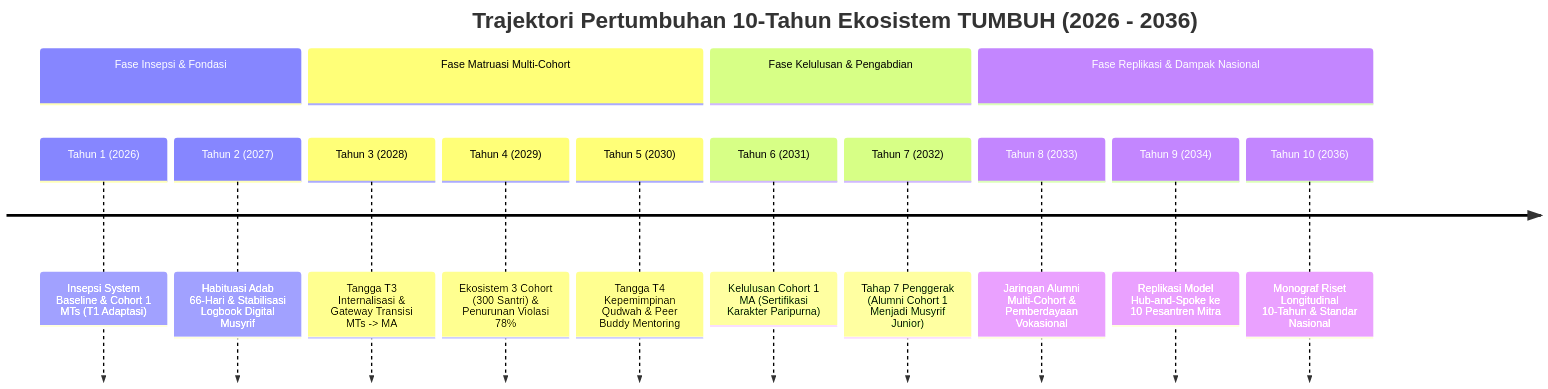
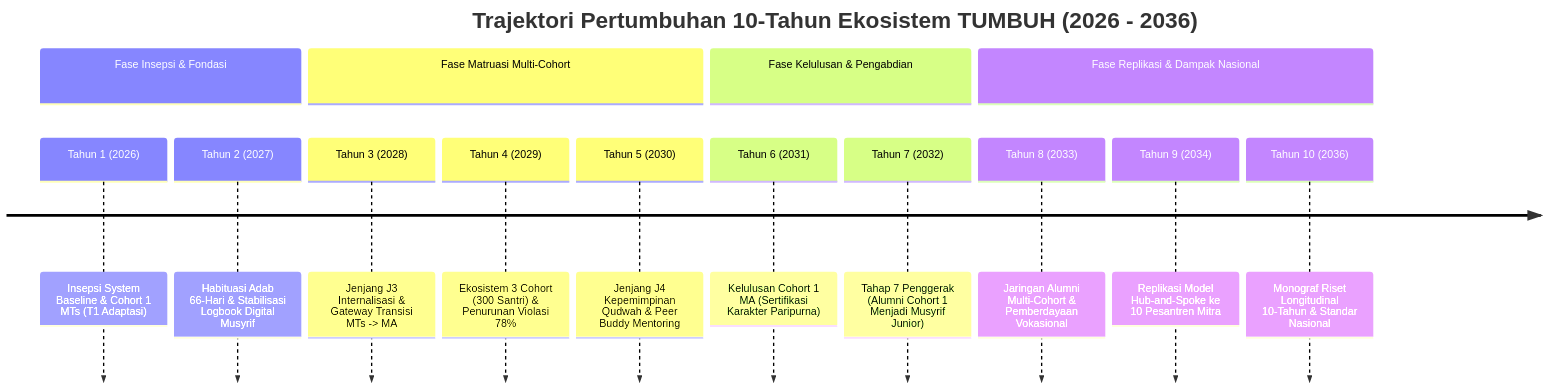
One commit to wandiapriliyandi/tumbuh changed the diagram in SIMULASI/Prediksi-Longitudinal-1-sd-10-Tahun-Ekosistem-TUMBUH.md. Above: the diagram before and after it, drawn with Mermaid. The commit also changed other lines of this file and 209 other files, not shown here.

````diff
--- a/SIMULASI/Prediksi-Longitudinal-1-sd-10-Tahun-Ekosistem-TUMBUH.md
+++ b/SIMULASI/Prediksi-Longitudinal-1-sd-10-Tahun-Ekosistem-TUMBUH.md
@@ -15,18 +15,18 @@
 ```mermaid
 timeline
     title Trajektori Pertumbuhan 10-Tahun Ekosistem TUMBUH (2026 - 2036)
     section Fase Insepsi & Fondasi
         Tahun 1 (2026) : Insepsi System Baseline & Cohort 1 MTs (T1 Adaptasi)
         Tahun 2 (2027) : Habituasi Adab 66-Hari & Stabilisasi Logbook Digital Musyrif
     section Fase Matruasi Multi-Cohort
-        Tahun 3 (2028) : Tangga T3 Internalisasi & Gateway Transisi MTs -> MA
+        Tahun 3 (2028) : Jenjang J3 Internalisasi & Gateway Transisi MTs -> MA
         Tahun 4 (2029) : Ekosistem 3 Cohort (300 Santri) & Penurunan Violasi 78%
-        Tahun 5 (2030) : Tangga T4 Kepemimpinan Qudwah & Peer Buddy Mentoring
+        Tahun 5 (2030) : Jenjang J4 Kepemimpinan Qudwah & Peer Buddy Mentoring
     section Fase Kelulusan & Pengabdian
         Tahun 6 (2031) : Kelulusan Cohort 1 MA (Sertifikasi Karakter Paripurna)
         Tahun 7 (2032) : Tahap 7 Penggerak (Alumni Cohort 1 Menjadi Musyrif Junior)
     section Fase Replikasi & Dampak Nasional
         Tahun 8 (2033) : Jaringan Alumni Multi-Cohort & Pemberdayaan Vokasional
         Tahun 9 (2034) : Replikasi Model Hub-and-Spoke ke 10 Pesantren Mitra
         Tahun 10 (2036) : Monograf Riset Longitudinal 10-Tahun & Standar Nasional
 ```
````
